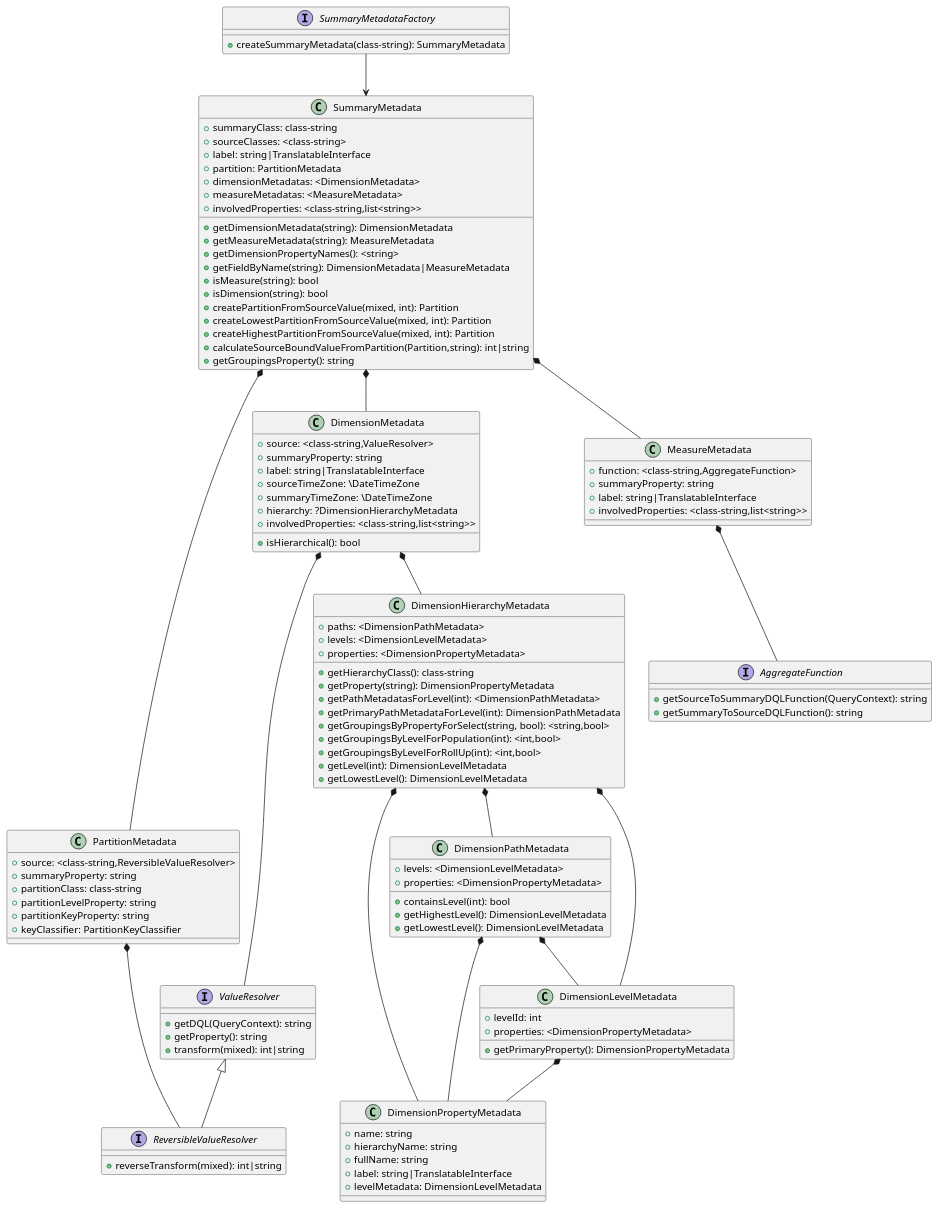
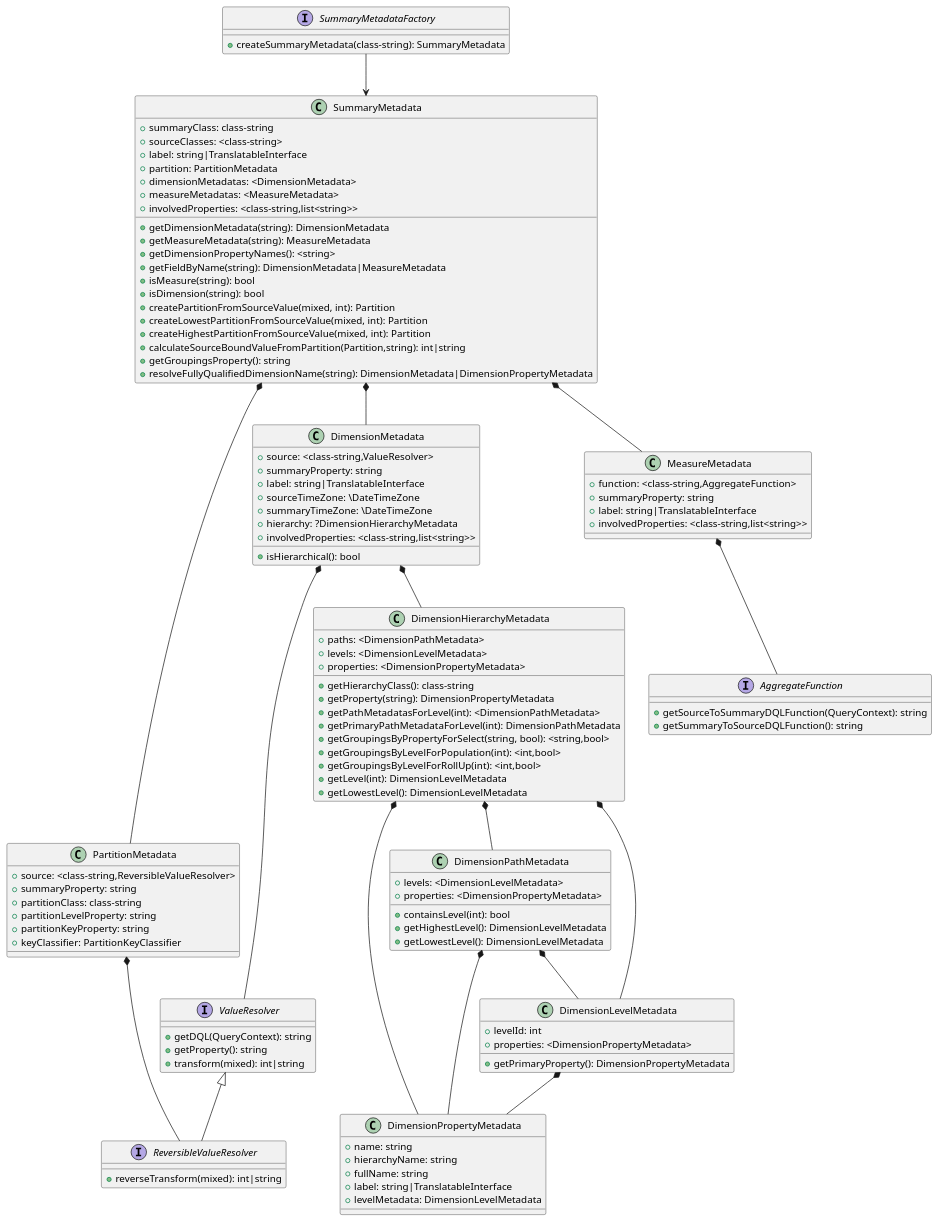
The diagram in docs/metadata.wsd (rekalogika/analytics), drawn with PlantUML before and after one commit. The commit also changed 15 other files, not shown here.

```diff
--- a/docs/metadata.wsd
+++ b/docs/metadata.wsd
@@ -1,130 +1,131 @@
 @startuml summary_metadata
 
 interface SummaryMetadataFactory {
     +createSummaryMetadata(class-string): SummaryMetadata
 }
 
 SummaryMetadataFactory --> SummaryMetadata
 
 class SummaryMetadata {
     +summaryClass: class-string
     +sourceClasses: <class-string>
     +label: string|TranslatableInterface
     +partition: PartitionMetadata
     +dimensionMetadatas: <DimensionMetadata>
     +measureMetadatas: <MeasureMetadata>
     +getDimensionMetadata(string): DimensionMetadata
     +getMeasureMetadata(string): MeasureMetadata
     +getDimensionPropertyNames(): <string>
     +getFieldByName(string): DimensionMetadata|MeasureMetadata
     +isMeasure(string): bool
     +isDimension(string): bool
     +createPartitionFromSourceValue(mixed, int): Partition
     +createLowestPartitionFromSourceValue(mixed, int): Partition
     +createHighestPartitionFromSourceValue(mixed, int): Partition
     +calculateSourceBoundValueFromPartition(Partition,string): int|string
     +getGroupingsProperty(): string
     +involvedProperties: <class-string,list<string>>
+    +resolveFullyQualifiedDimensionName(string): DimensionMetadata|DimensionPropertyMetadata
 }
 
 SummaryMetadata *-- DimensionMetadata
 SummaryMetadata *-- MeasureMetadata
 SummaryMetadata *---- PartitionMetadata
 
 class DimensionMetadata {
     +source: <class-string,ValueResolver>
     +summaryProperty: string
     +label: string|TranslatableInterface
     +sourceTimeZone: \DateTimeZone
     +summaryTimeZone: \DateTimeZone
     +hierarchy: ?DimensionHierarchyMetadata
     +involvedProperties: <class-string,list<string>>
     +isHierarchical(): bool
 }
 
 DimensionMetadata *-- ValueResolver
 DimensionMetadata *-- DimensionHierarchyMetadata
 
 class PartitionMetadata {
     +source: <class-string,ReversibleValueResolver>
     +summaryProperty: string
     +partitionClass: class-string
     +partitionLevelProperty: string
     +partitionKeyProperty: string
     +keyClassifier: PartitionKeyClassifier
 }
 
 PartitionMetadata *--- ReversibleValueResolver
 
 class MeasureMetadata {
     +function: <class-string,AggregateFunction>
     +summaryProperty: string
     +label: string|TranslatableInterface
     +involvedProperties: <class-string,list<string>>
 }
 
 MeasureMetadata *-- AggregateFunction
 
 interface ValueResolver {
     +getDQL(QueryContext): string
     +getProperty(): string
     +transform(mixed): int|string
 }
 
 interface ReversibleValueResolver extends ValueResolver {
     +reverseTransform(mixed): int|string
 }
 
 class DimensionHierarchyMetadata {
     +paths: <DimensionPathMetadata>
     +levels: <DimensionLevelMetadata>
     +properties: <DimensionPropertyMetadata>
     +getHierarchyClass(): class-string
     +getProperty(string): DimensionPropertyMetadata
     +getPathMetadatasForLevel(int): <DimensionPathMetadata>
     +getPrimaryPathMetadataForLevel(int): DimensionPathMetadata
     +getGroupingsByPropertyForSelect(string, bool): <string,bool>
     +getGroupingsByLevelForPopulation(int): <int,bool>
     +getGroupingsByLevelForRollUp(int): <int,bool>
     +getLevel(int): DimensionLevelMetadata
     +getLowestLevel(): DimensionLevelMetadata
 }
 
 DimensionHierarchyMetadata *-- DimensionPathMetadata
 DimensionHierarchyMetadata *-- DimensionLevelMetadata
 DimensionHierarchyMetadata *-- DimensionPropertyMetadata
 
 class DimensionPathMetadata {
     +levels: <DimensionLevelMetadata>
     +properties: <DimensionPropertyMetadata>
     +containsLevel(int): bool
     +getHighestLevel(): DimensionLevelMetadata
     +getLowestLevel(): DimensionLevelMetadata
 }
 
 DimensionPathMetadata *-- DimensionLevelMetadata
 DimensionPathMetadata *-- DimensionPropertyMetadata
 
 class DimensionLevelMetadata {
     +levelId: int
     +properties: <DimensionPropertyMetadata>
     +getPrimaryProperty(): DimensionPropertyMetadata
 }
 
 DimensionLevelMetadata *-- DimensionPropertyMetadata
 
 class DimensionPropertyMetadata {
     +name: string
     +hierarchyName: string
     +fullName: string
     +label: string|TranslatableInterface
     +levelMetadata: DimensionLevelMetadata
 }
 
 interface AggregateFunction {
     +getSourceToSummaryDQLFunction(QueryContext): string
     +getSummaryToSourceDQLFunction(): string
 }
 
 
 @enduml
```
